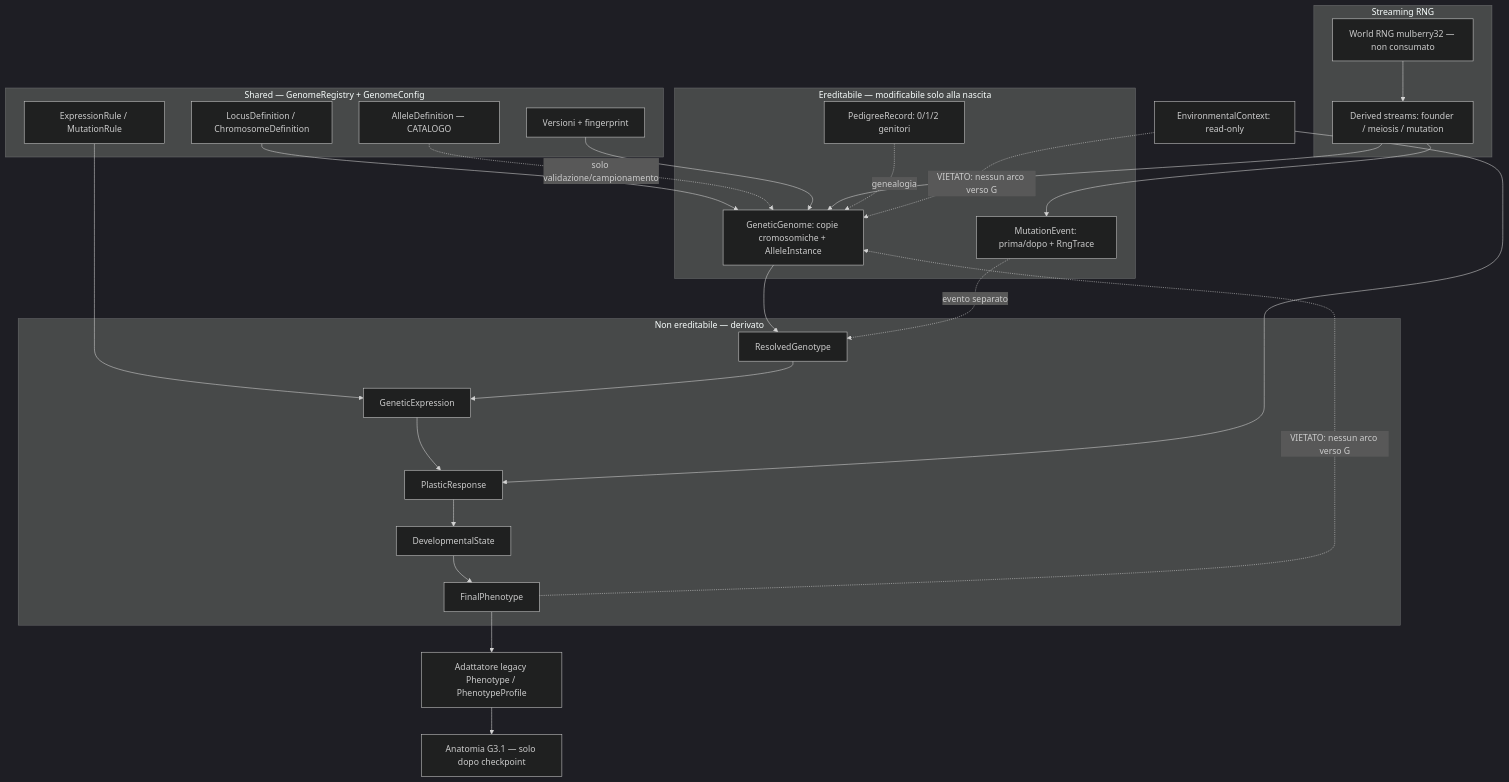
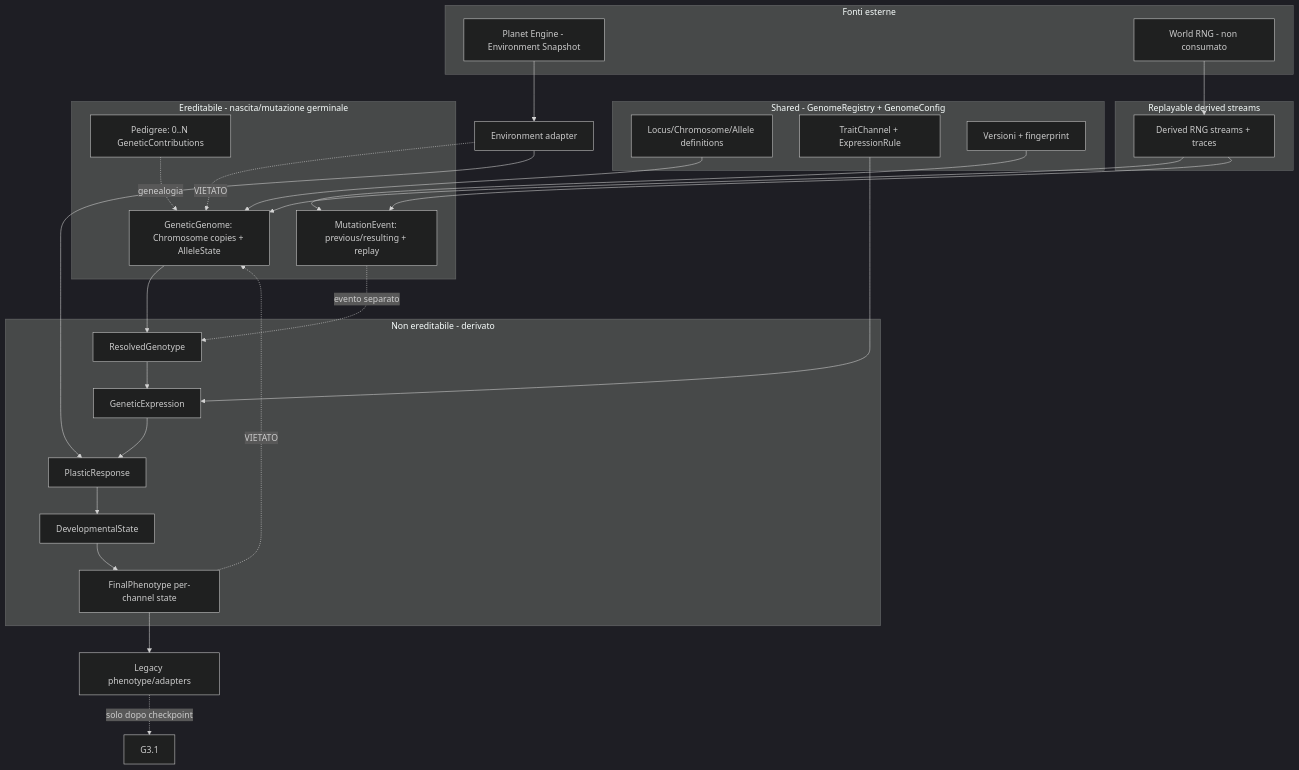
The diagram in docs/genome/GENOME_ARCHITECTURE.md (misteryone2/Evoworld), drawn with Mermaid (dark theme) before and after one commit. The commit also changed other lines of this file and 6 other files, not shown here.

````diff
--- a/docs/genome/GENOME_ARCHITECTURE.md
+++ b/docs/genome/GENOME_ARCHITECTURE.md
@@ -211,51 +160,48 @@
 ```mermaid
 flowchart TD
-    subgraph REG[Shared — GenomeRegistry + GenomeConfig]
-        R1[LocusDefinition / ChromosomeDefinition]
-        R2[AlleleDefinition — CATALOGO]
-        R3[ExpressionRule / MutationRule]
-        R4[Versioni + fingerprint]
+    subgraph REG[Shared - GenomeRegistry + GenomeConfig]
+        R1[Locus/Chromosome/Allele definitions]
+        R2[TraitChannel + ExpressionRule]
+        R3[Versioni + fingerprint]
     end
 
-    subgraph STREAM[Streaming RNG]
-        W[World RNG mulberry32 — non consumato]
-        D[Derived streams: founder / meiosis / mutation]
-        W --> D
+    subgraph SRC[Fonti esterne]
+        PE[Planet Engine - Environment Snapshot]
+        W[World RNG - non consumato]
     end
 
-    subgraph HER[Ereditabile — modificabile solo alla nascita]
-        G[GeneticGenome: copie cromosomiche + AlleleInstance]
-        M[MutationEvent: prima/dopo + RngTrace]
-        P[PedigreeRecord: 0/1/2 genitori]
+    subgraph RNG[Replayable derived streams]
+        D[Derived RNG streams + traces]
     end
 
-    subgraph PH[Non ereditabile — derivato]
+    subgraph HER[Ereditabile - nascita/mutazione germinale]
+        G[GeneticGenome: Chromosome copies + AlleleState]
+        M[MutationEvent: previous/resulting + replay]
+        P[Pedigree: 0..N GeneticContributions]
+    end
+
+    subgraph PH[Non ereditabile - derivato]
         RG[ResolvedGenotype]
         GE[GeneticExpression]
-        PL[PlasticResponse]
+        PR[PlasticResponse]
         DV[DevelopmentalState]
-        FP[FinalPhenotype]
+        FP[FinalPhenotype per-channel state]
     end
 
-    ENV[EnvironmentalContext: read-only]
-
-    R1 --> G
-    R2 -. solo validazione/campionamento .-> G
-    R3 --> GE
-    R4 --> G
+    PE --> AD[Environment adapter]
+    AD --> PR
+    W --> D
     D --> G
     D --> M
-    G --> RG
-    RG --> GE
-    GE --> PL
-    ENV --> PL
-    PL --> DV
-    DV --> FP
+    R1 --> G
+    R2 --> GE
+    R3 --> M
+    G --> RG --> GE --> PR --> DV --> FP
     M -. evento separato .-> RG
     P -. genealogia .-> G
-    FP --> ADAPTER[Adattatore legacy Phenotype / PhenotypeProfile]
-    ADAPTER --> G31[Anatomia G3.1 — solo dopo checkpoint]
+    FP --> LEG[Legacy phenotype/adapters]
+    LEG -. solo dopo checkpoint .-> G31[G3.1]
 
-    ENV -. VIETATO: nessun arco verso G .-> G
-    FP -. VIETATO: nessun arco verso G .-> G
+    AD -. VIETATO .-> G
+    FP -. VIETATO .-> G
 ```
````
